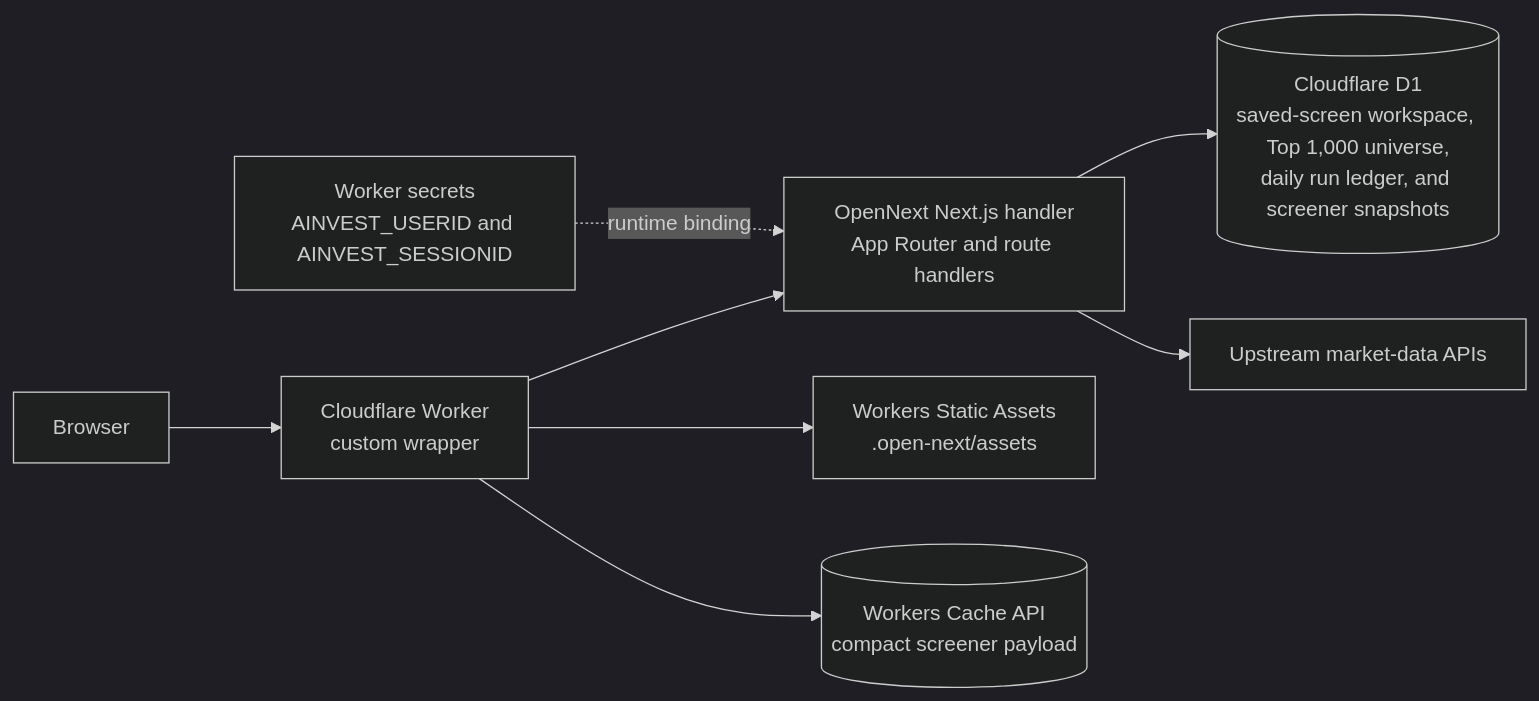
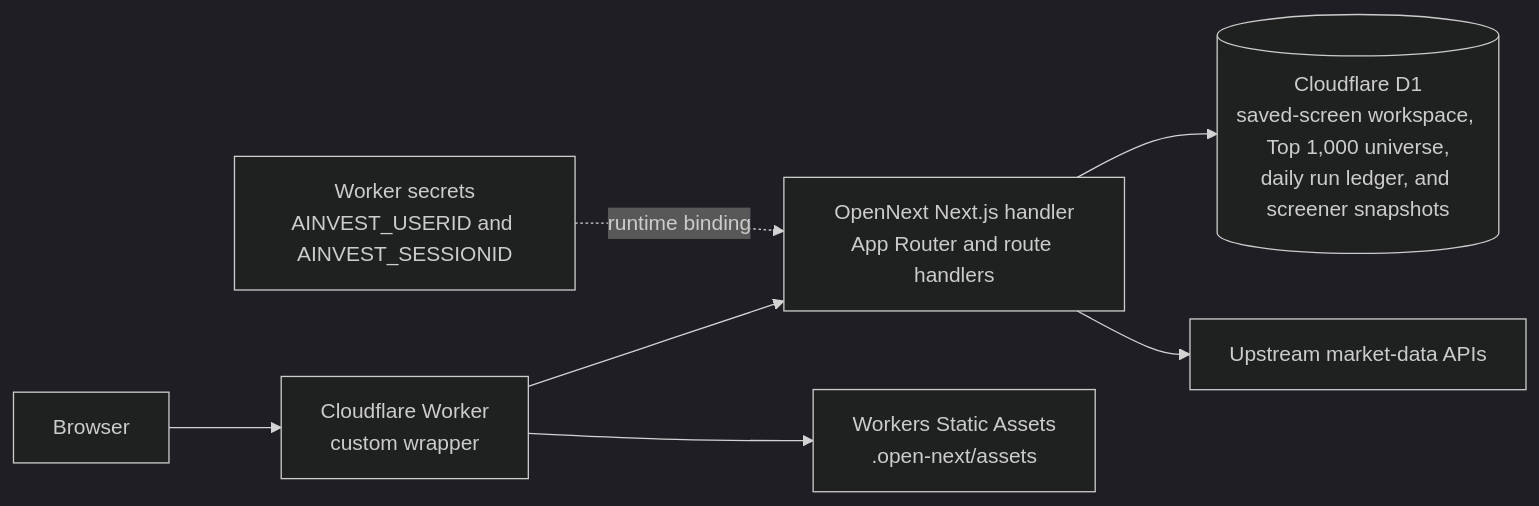
One commit to emeryxu1-blip/ValueInvestment changed the first of 2 diagrams in site/docs/cloudflare-architecture.md. Above: the diagram before and after it, drawn with Mermaid (dark theme). The commit also changed other lines of this file and 57 other files, not shown here.

````diff
--- a/site/docs/cloudflare-architecture.md
+++ b/site/docs/cloudflare-architecture.md
@@ -34,19 +34,17 @@
 ```mermaid
 flowchart LR
     Browser["Browser"]
     Worker["Cloudflare Worker\ncustom wrapper"]
     OpenNext["OpenNext Next.js handler\nApp Router and route handlers"]
     Assets["Workers Static Assets\n.open-next/assets"]
-    EdgeCache[("Workers Cache API\ncompact screener payload")]
     D1[("Cloudflare D1\nsaved-screen workspace, Top 1,000 universe,\ndaily run ledger, and screener snapshots")]
     Market["Upstream market-data APIs"]
     Secret["Worker secrets\nAINVEST_USERID and AINVEST_SESSIONID"]
 
     Browser --> Worker
-    Worker --> EdgeCache
     Worker --> OpenNext
     Worker --> Assets
     OpenNext --> D1
     OpenNext --> Market
     Secret -. runtime binding .-> OpenNext
 ```
````
